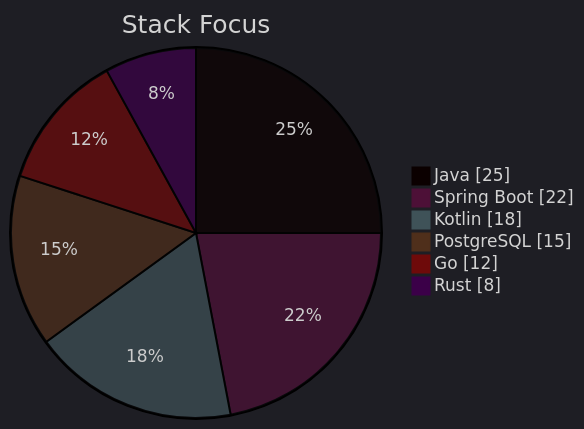
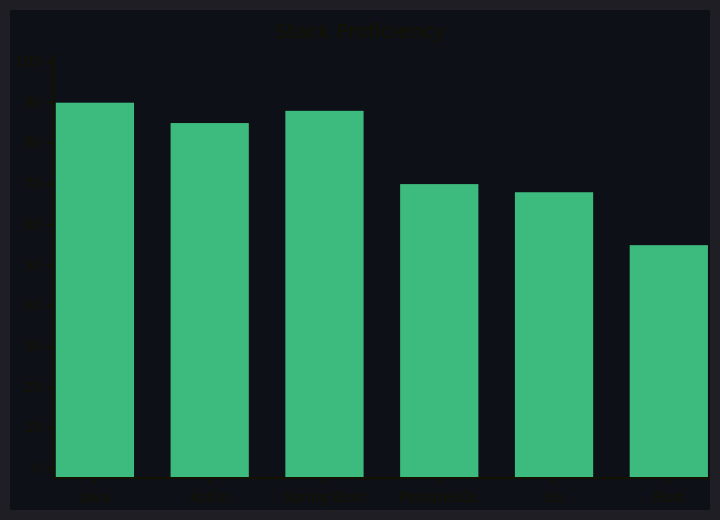
The diagram in README.md (Asit666/Asit666), drawn with Mermaid before and after one commit. The commit also changed other lines of this file, not shown here.

````diff
--- a/README.md
+++ b/README.md
@@ -81,11 +81,8 @@
 ```mermaid
-%%{init: {'theme': 'dark'}}%%
-pie showData
-    title Stack Focus
-    "Java" : 25
-    "Spring Boot" : 22
-    "Kotlin" : 18
-    "PostgreSQL" : 15
-    "Go" : 12
-    "Rust" : 8
+%%{init: {'theme': 'dark', 'themeVariables': {'xyChart': {'backgroundColor': '#0d1117', 'plotColorPalette': '#3dba7e', 'plotBorderColor': '#0d1117'}}}}%%
+xychart-beta
+    title "Stack Proficiency"
+    x-axis ["Java", "Kotlin", "Spring Boot", "PostgreSQL", "Go", "Rust"]
+    y-axis 0 --> 100
+    bar [90, 85, 88, 70, 68, 55]
 ```
````
